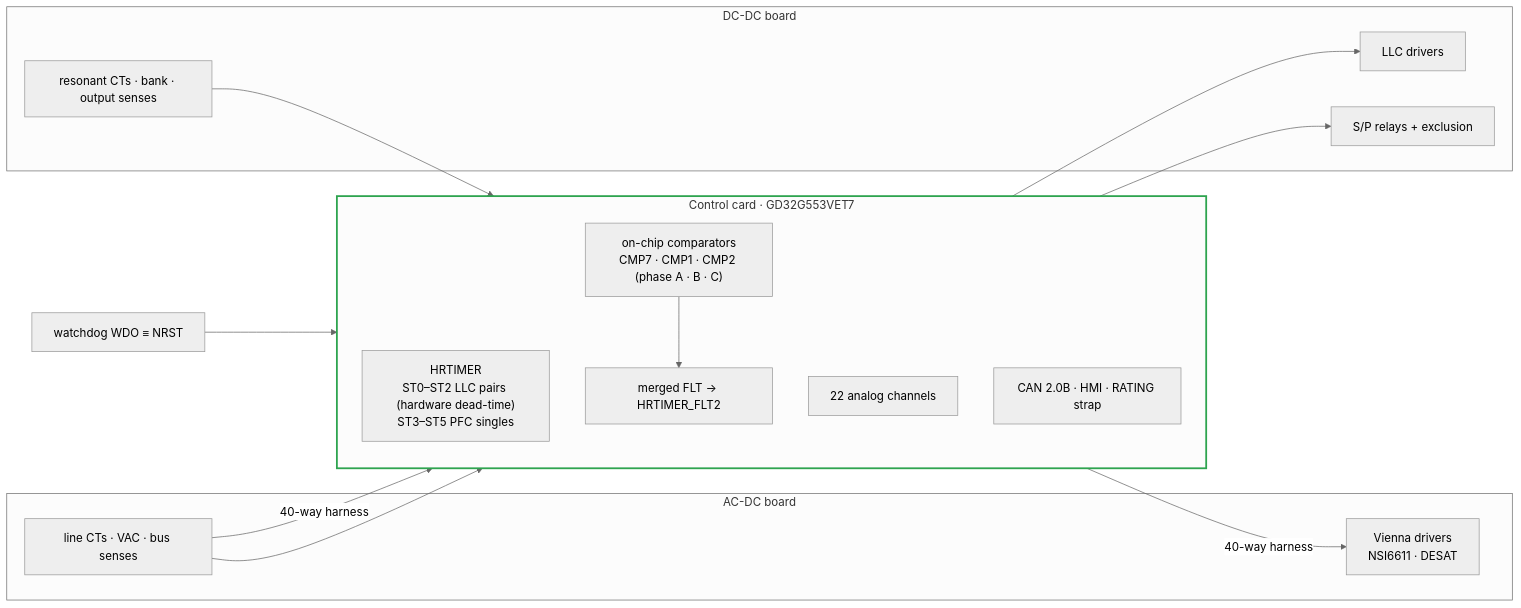
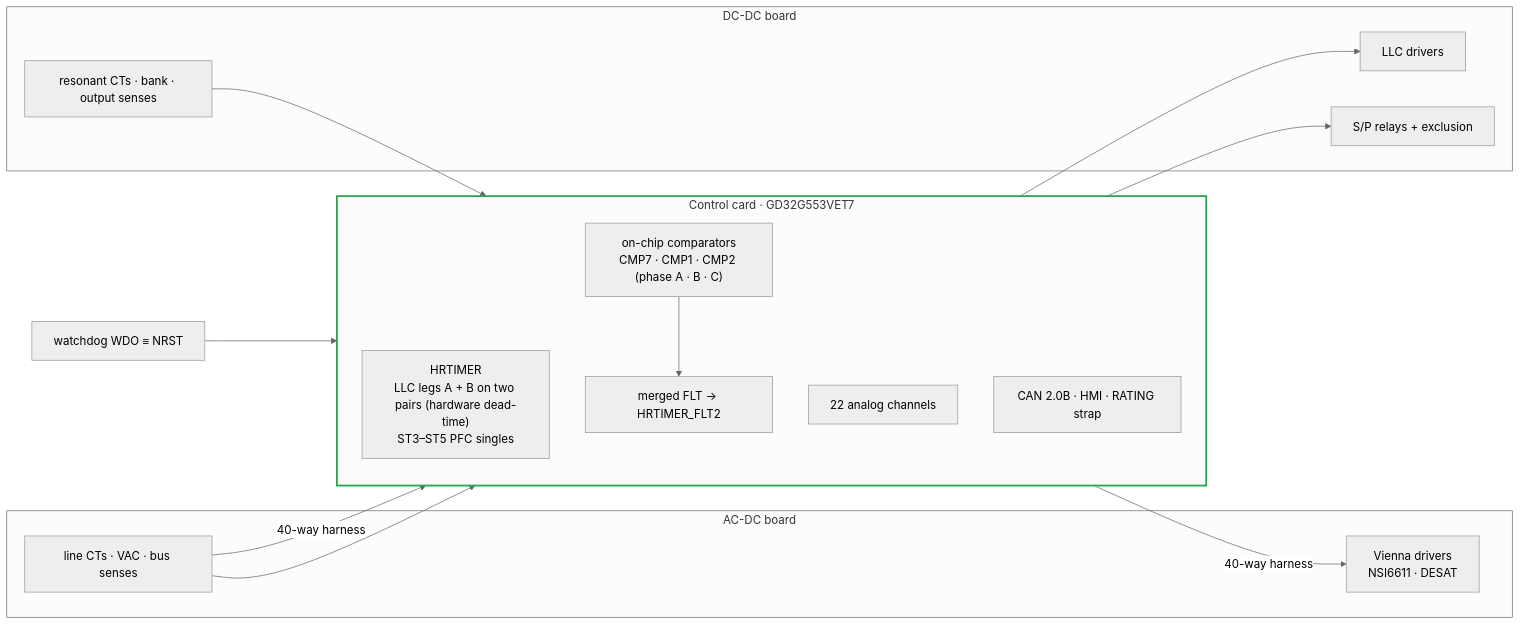
One commit to vectivolt/DC-Modules changed the second of 4 diagrams in docs/architecture.md. Above: the diagram before and after it, drawn with Mermaid (neutral theme). The commit also changed other lines of this file and 121 other files, not shown here.

````diff
--- a/docs/architecture.md
+++ b/docs/architecture.md
@@ -82,29 +83,29 @@
 ```mermaid
 flowchart LR
   subgraph CARD["Control card · GD32G553VET7"]
     direction TB
-    HR["HRTIMER<br/>ST0–ST2 LLC pairs (hardware dead-time)<br/>ST3–ST5 PFC singles"]
+    HR["HRTIMER<br/>LLC legs A + B on two pairs (hardware dead-time)<br/>ST3–ST5 PFC singles"]
     CMP["on-chip comparators<br/>CMP7 · CMP1 · CMP2 (phase A · B · C)"]
     ADC["22 analog channels"]
     FLT["merged FLT → HRTIMER_FLT2"]
     COM["CAN 2.0B · HMI · RATING strap"]
   end
   subgraph ACDC["AC-DC board"]
     PFCDRV["Vienna drivers<br/>NSI6611 · DESAT"]
     LCT["line CTs · VAC · bus senses"]
   end
   subgraph DCDC["DC-DC board"]
     LLCDRV["LLC drivers"]
     RCT["resonant CTs · bank · output senses"]
     SPM["S/P relays + exclusion"]
   end
   HR -- "40-way harness" --> PFCDRV
   LCT -- "40-way harness" --> ADC
   LCT --> CMP
   HR --> LLCDRV
   RCT --> ADC
   CMP --> FLT
   COM --> SPM
   WD["watchdog WDO ≡ NRST"] --> CARD
   style CARD stroke:#2ea44f,stroke-width:2.5px
 ```
````
